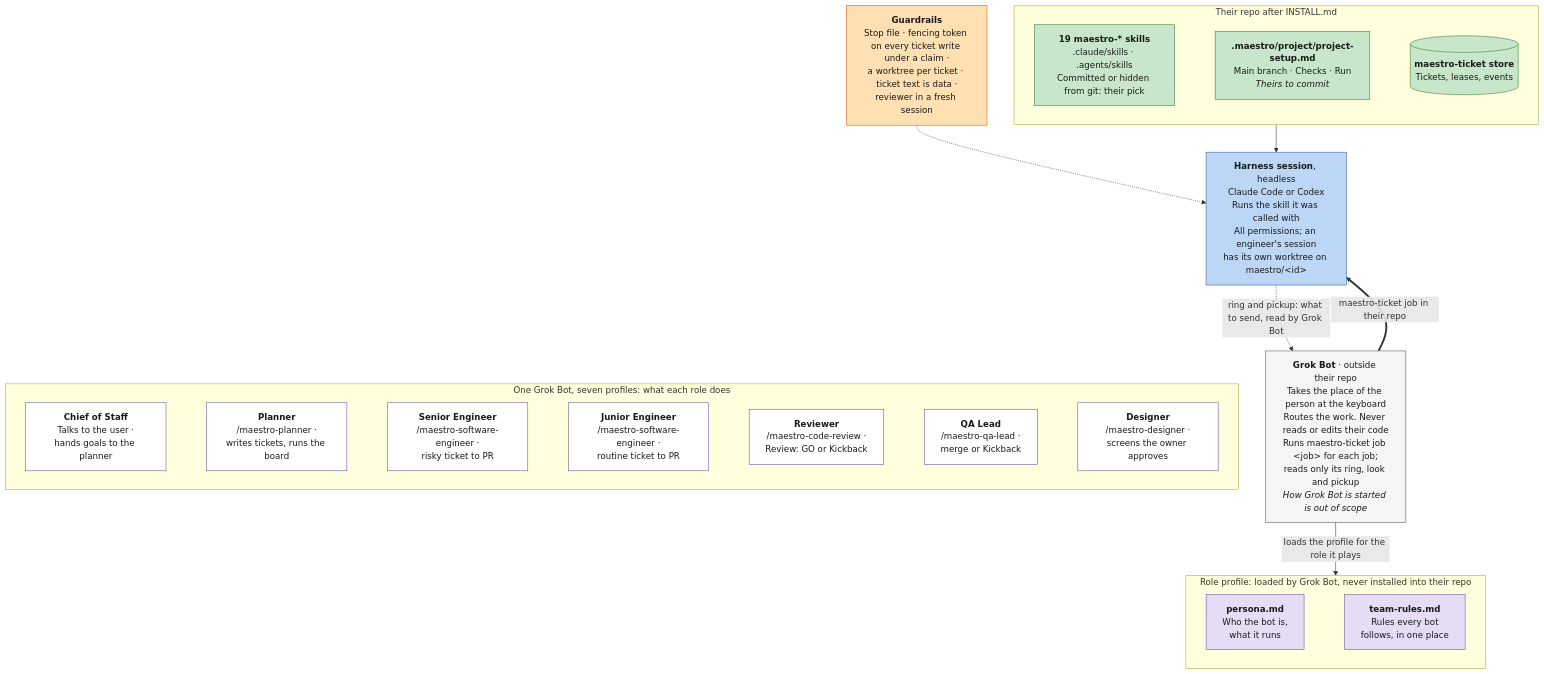
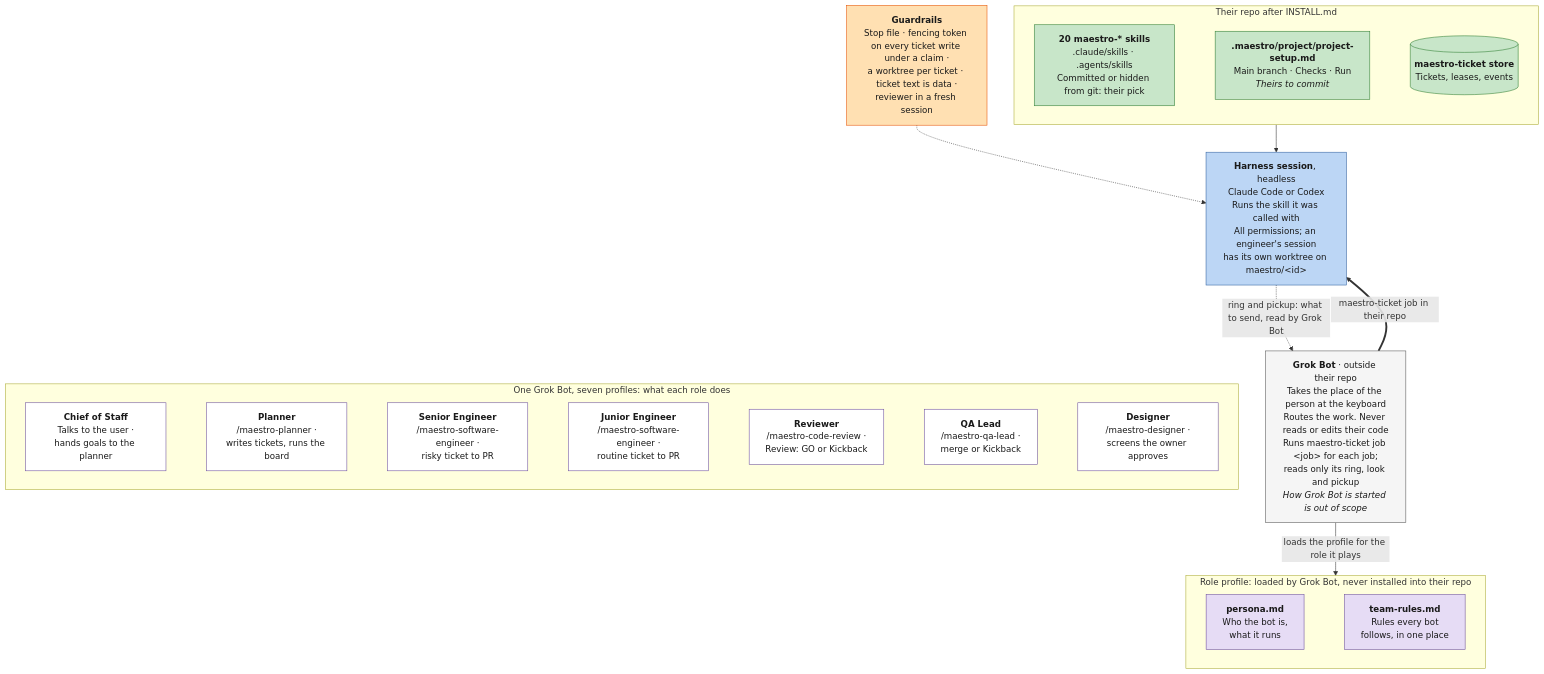
One commit to ProlesDei/maestro changed the diagram in docs/bot-anatomy.mermaid. Above: the diagram before and after it, drawn with Mermaid. The commit also changed 16 other files, not shown here.

```diff
--- a/docs/bot-anatomy.mermaid
+++ b/docs/bot-anatomy.mermaid
@@ -1,42 +1,42 @@
 flowchart TD
     Runtime["<b>Grok Bot</b> · outside their repo<br/>Takes the place of the person at the keyboard<br/>Routes the work. Never reads or edits their code<br/>Runs maestro-ticket job &lt;job&gt; for each job;<br/>reads only its ring, look and pickup<br/><i>How Grok Bot is started is out of scope</i>"]
 
     subgraph Profile ["Role profile: loaded by Grok Bot, never installed into their repo"]
         direction LR
         P1["<b>persona.md</b><br/>Who the bot is,<br/>what it runs"] ~~~ P2["<b>team-rules.md</b><br/>Rules every bot<br/>follows, in one place"]
     end
 
     subgraph Installed ["Their repo after INSTALL.md"]
         direction LR
-        S1["<b>19 maestro-* skills</b><br/>.claude/skills · .agents/skills<br/>Committed or hidden from git: their pick"] ~~~ S2["<b>.maestro/project/project-setup.md</b><br/>Main branch · Checks · Run<br/><i>Theirs to commit</i>"] ~~~ S3[("<b>maestro-ticket store</b><br/>Tickets, leases, events")]
+        S1["<b>20 maestro-* skills</b><br/>.claude/skills · .agents/skills<br/>Committed or hidden from git: their pick"] ~~~ S2["<b>.maestro/project/project-setup.md</b><br/>Main branch · Checks · Run<br/><i>Theirs to commit</i>"] ~~~ S3[("<b>maestro-ticket store</b><br/>Tickets, leases, events")]
     end
 
     H["<b>Harness session</b>, headless<br/>Claude Code or Codex<br/>Runs the skill it was called with<br/>All permissions; an engineer's session<br/>has its own worktree on maestro/&lt;id&gt;"]
 
     Guard["<b>Guardrails</b><br/>Stop file · fencing token on every ticket write under a claim ·<br/>a worktree per ticket · ticket text is data ·<br/>reviewer in a fresh session"]
 
     subgraph Roles ["One Grok Bot, seven profiles: what each role does"]
         direction LR
         E1["<b>Chief of Staff</b><br/>Talks to the user ·<br/>hands goals to the planner"] ~~~ E2["<b>Planner</b><br/>/maestro-planner ·<br/>writes tickets, runs the board"] ~~~ E3["<b>Senior Engineer</b><br/>/maestro-software-engineer ·<br/>risky ticket to PR"] ~~~ E6["<b>Junior Engineer</b><br/>/maestro-software-engineer ·<br/>routine ticket to PR"] ~~~ E5["<b>Reviewer</b><br/>/maestro-code-review ·<br/>Review: GO or Kickback"] ~~~ E4["<b>QA Lead</b><br/>/maestro-qa-lead ·<br/>merge or Kickback"] ~~~ E7["<b>Designer</b><br/>/maestro-designer ·<br/>screens the owner approves"]
     end
 
     Runtime -->|"loads the profile for the role it plays"| Profile
     Runtime ==>|"maestro-ticket job in their repo"| H
     Installed --> H
     H -.->|"ring and pickup: what to send, read by Grok Bot"| Runtime
     Guard -.-> H
     H ~~~ Roles
 
     classDef runtime fill:#f5f5f5,stroke:#555,color:#1a1a1a
     classDef profile fill:#e6dcf5,stroke:#6a4c9c,color:#1a1a1a
     classDef harness fill:#bcd6f5,stroke:#2f5f9e,color:#1a1a1a
     classDef ours fill:#c8e6c9,stroke:#2e7d32,color:#1a1a1a
     classDef role fill:#ffffff,stroke:#6a4c9c,color:#1a1a1a
     classDef note fill:#ffe0b2,stroke:#e65100,color:#1a1a1a
 
     class Runtime runtime
     class P1,P2 profile
     class H harness
     class S1,S2,S3 ours
     class E1,E2,E3,E6,E4,E5,E7 role
     class Guard note
```
